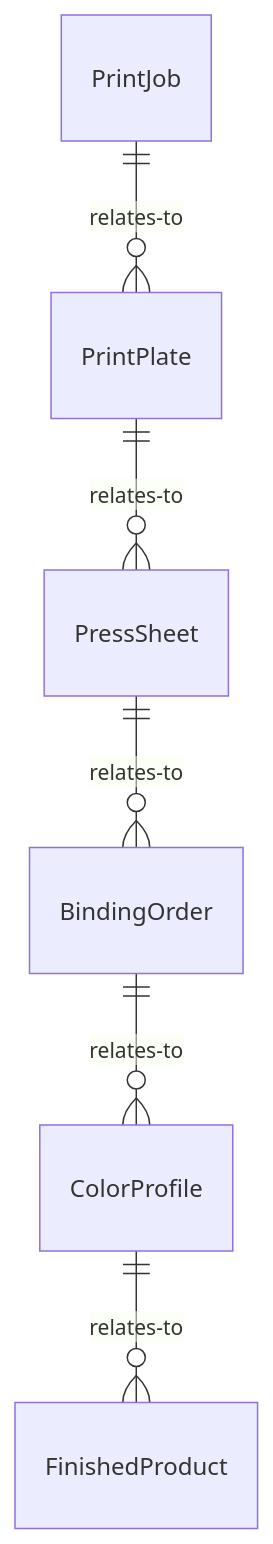
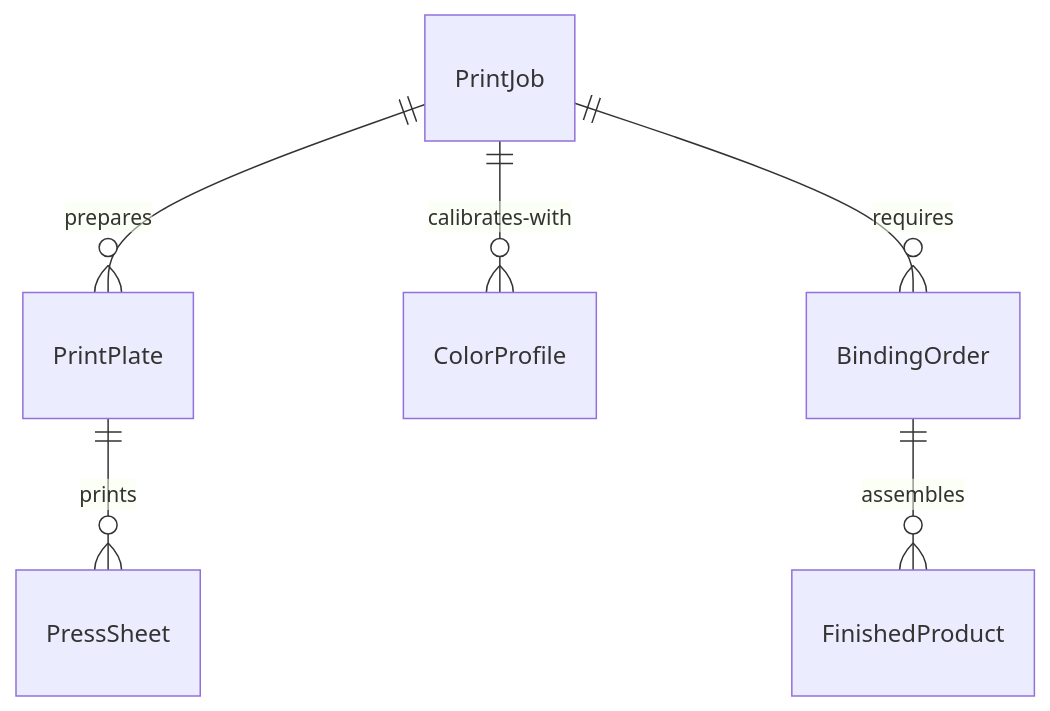
Before and after one commit to dot-org-ai/tasks.org.ai: the first of 4 diagrams in ControllingMachinesAndProcesses/OperateIndustrialProcessingOrProductionEquipment/OperateEquipmentPrintImagesBind.mdx, drawn with Mermaid. The commit also changed other lines of this file and 515 other files, not shown here.

````diff
--- a/ControllingMachinesAndProcesses/OperateIndustrialProcessingOrProductionEquipment/OperateEquipmentPrintImagesBind.mdx
+++ b/ControllingMachinesAndProcesses/OperateIndustrialProcessingOrProductionEquipment/OperateEquipmentPrintImagesBind.mdx
@@ -88,8 +88,8 @@
 ```mermaid
 erDiagram
-    PrintJob ||--o{ PrintPlate : relates-to
-    PrintPlate ||--o{ PressSheet : relates-to
-    PressSheet ||--o{ BindingOrder : relates-to
-    BindingOrder ||--o{ ColorProfile : relates-to
-    ColorProfile ||--o{ FinishedProduct : relates-to
+    PrintJob ||--o{ PrintPlate : prepares
+    PrintPlate ||--o{ PressSheet : prints
+    PrintJob ||--o{ ColorProfile : calibrates-with
+    PrintJob ||--o{ BindingOrder : requires
+    BindingOrder ||--o{ FinishedProduct : assembles
 ```
````
